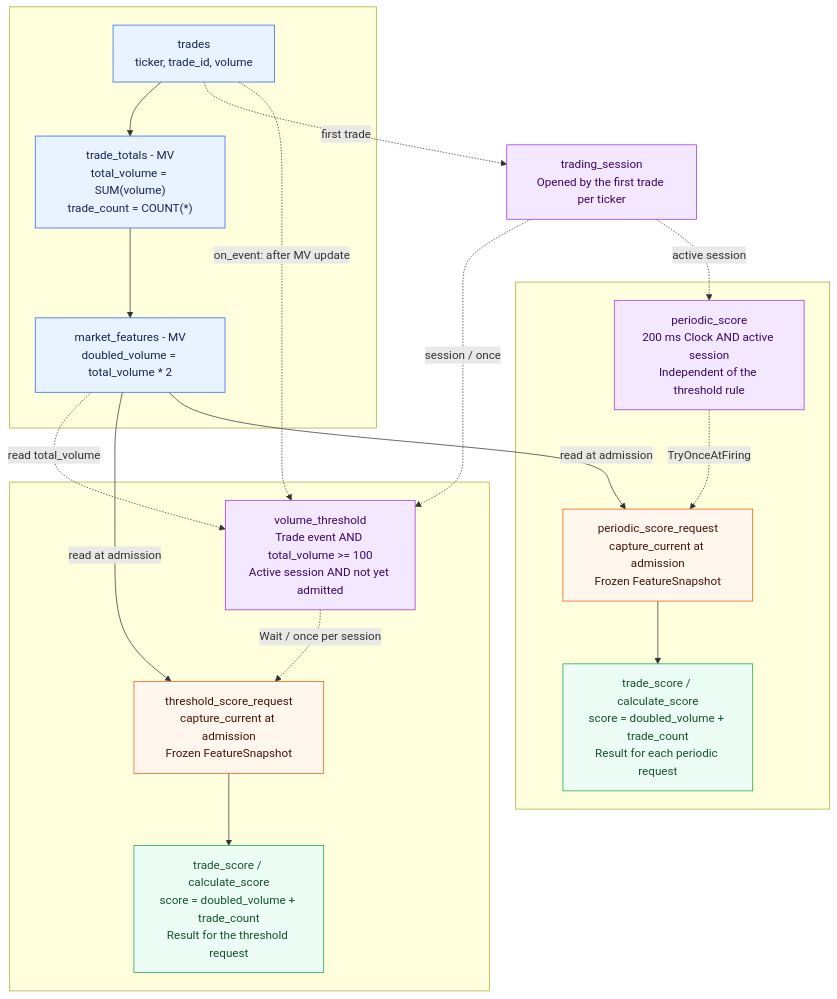
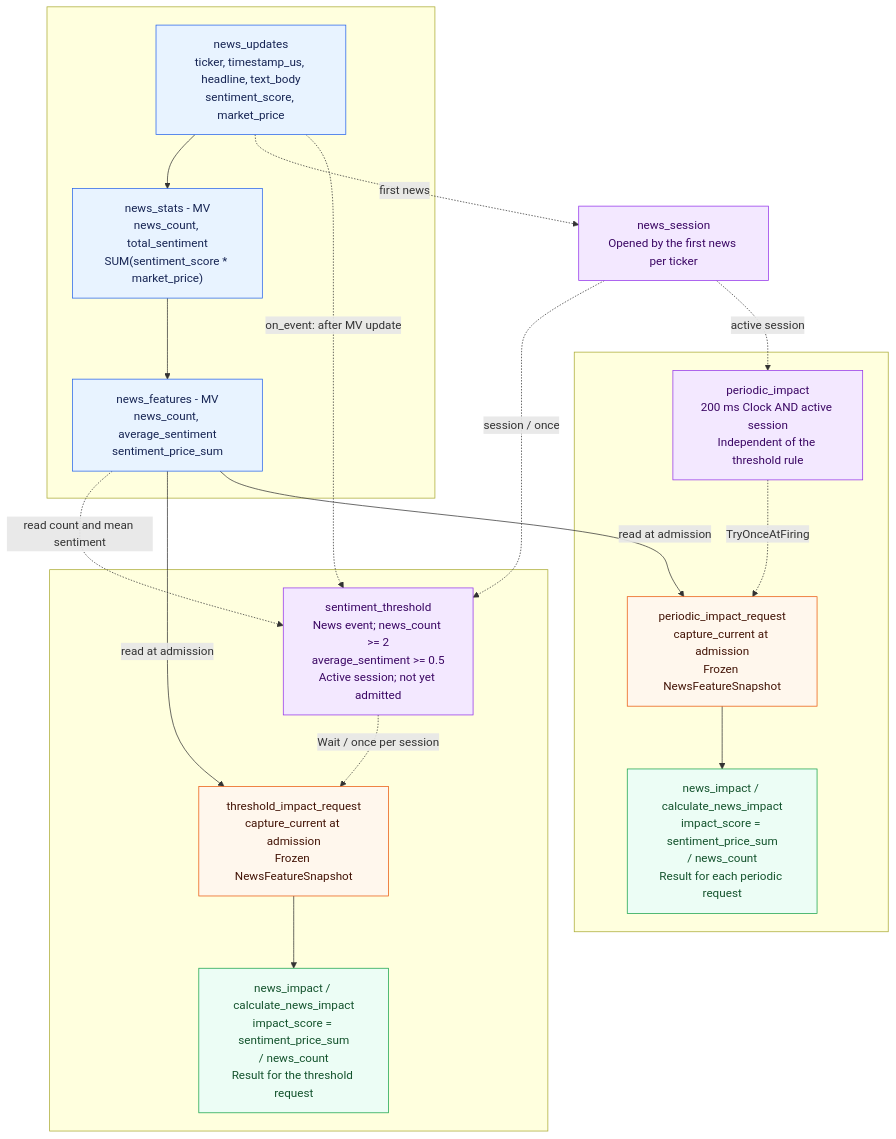
The diagram in README.md (Obscurepawn/EventFlow), drawn with Mermaid before and after one commit. The commit also changed other lines of this file and 20 other files, not shown here.

Commit message:
Update news streaming example and README diagrams

````diff
--- a/README.md
+++ b/README.md
@@ -106,40 +109,40 @@
 ```mermaid
 flowchart TB
     subgraph live_features[" "]
-        trades["trades<br/>ticker, trade_id, volume"]
-        totals["trade_totals - MV<br/>total_volume = SUM(volume)<br/>trade_count = COUNT(*)"]
-        features["market_features - MV<br/>doubled_volume = total_volume * 2"]
-        trades --> totals --> features
+        news["news_updates<br/>ticker, timestamp_us, headline, text_body<br/>sentiment_score, market_price"]
+        totals["news_stats - MV<br/>news_count, total_sentiment<br/>SUM(sentiment_score * market_price)"]
+        features["news_features - MV<br/>news_count, average_sentiment<br/>sentiment_price_sum"]
+        news --> totals --> features
     end
-    session["trading_session<br/>Opened by the first trade per ticker"]
+    session["news_session<br/>Opened by the first news per ticker"]
     subgraph threshold_job[" "]
-        threshold["volume_threshold<br/>Trade event AND total_volume >= 100<br/>Active session AND not yet admitted"]
-        threshold_input["threshold_score_request<br/>capture_current at admission<br/>Frozen FeatureSnapshot"]
-        threshold_score["trade_score / calculate_score<br/>score = doubled_volume + trade_count<br/>Result for the threshold request"]
+        threshold["sentiment_threshold<br/>News event; news_count >= 2<br/>average_sentiment >= 0.5<br/>Active session; not yet admitted"]
+        threshold_input["threshold_impact_request<br/>capture_current at admission<br/>Frozen NewsFeatureSnapshot"]
+        threshold_score["news_impact / calculate_news_impact<br/>impact_score = sentiment_price_sum<br/>/ news_count<br/>Result for the threshold request"]
         threshold -. "Wait / once per session" .-> threshold_input
         threshold_input --> threshold_score
     end
     subgraph periodic_job[" "]
-        periodic["periodic_score<br/>200 ms Clock AND active session<br/>Independent of the threshold rule"]
-        periodic_input["periodic_score_request<br/>capture_current at admission<br/>Frozen FeatureSnapshot"]
-        periodic_score["trade_score / calculate_score<br/>score = doubled_volume + trade_count<br/>Result for each periodic request"]
+        periodic["periodic_impact<br/>200 ms Clock AND active session<br/>Independent of the threshold rule"]
+        periodic_input["periodic_impact_request<br/>capture_current at admission<br/>Frozen NewsFeatureSnapshot"]
+        periodic_impact["news_impact / calculate_news_impact<br/>impact_score = sentiment_price_sum<br/>/ news_count<br/>Result for each periodic request"]
         periodic -. "TryOnceAtFiring" .-> periodic_input
-        periodic_input --> periodic_score
+        periodic_input --> periodic_impact
     end
 
-    trades -. "first trade" .-> session
-    trades -. "on_event: after MV update" .-> threshold
-    features -. "read total_volume" .-> threshold
+    news -. "first news" .-> session
+    news -. "on_event: after MV update" .-> threshold
+    features -. "read count and mean sentiment" .-> threshold
     session -. "session / once" .-> threshold
     session -. "active session" .-> periodic
     features -->|"read at admission"| threshold_input
     features -->|"read at admission"| periodic_input
     classDef materialized fill:#e8f3ff,stroke:#2563eb,color:#172554;
     classDef control fill:#f3e8ff,stroke:#9333ea,color:#3b0764;
     classDef snapshot fill:#fff7ed,stroke:#ea580c,color:#431407;
     classDef result fill:#ecfdf5,stroke:#16a34a,color:#14532d;
-    class trades,totals,features materialized;
+    class news,totals,features materialized;
     class session,threshold,periodic control;
     class threshold_input,periodic_input snapshot;
-    class threshold_score,periodic_score result;
+    class threshold_score,periodic_impact result;
 ```
````
